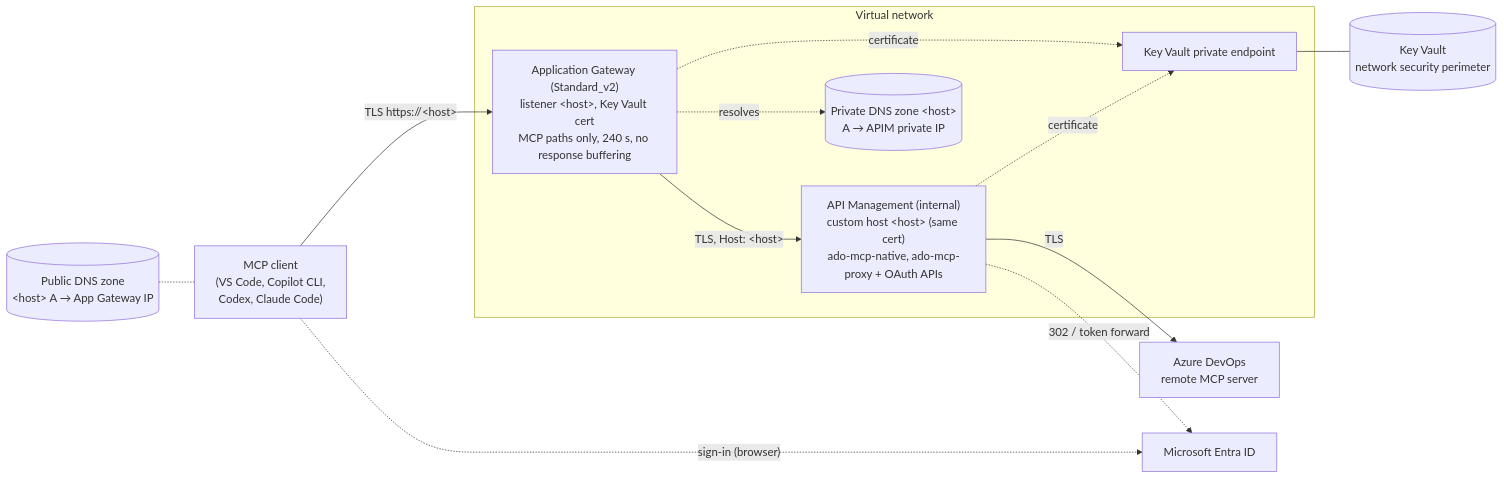
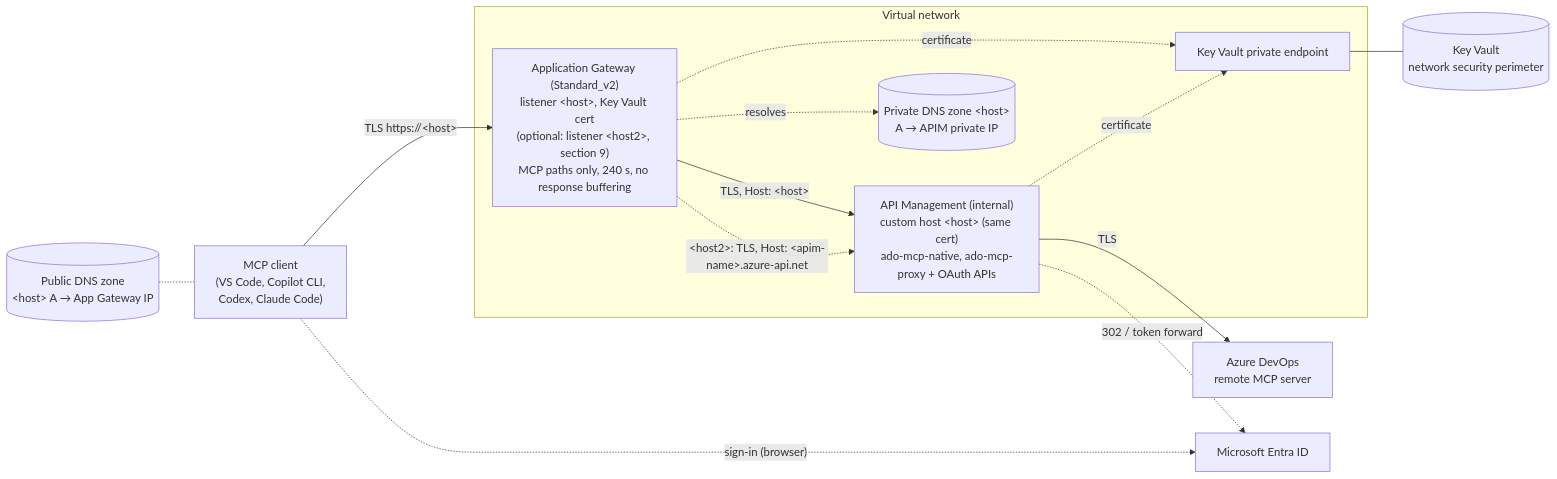
The diagram in docs/APP-GATEWAY.md (san360/azdevopsmcp), drawn with Mermaid before and after one commit. The commit also changed other lines of this file and 13 other files, not shown here.

First line of the commit message:
Add a second App Gateway host with the custom domain only on Application Gateway (#4)

````diff
--- a/docs/APP-GATEWAY.md
+++ b/docs/APP-GATEWAY.md
@@ -18,19 +18,20 @@
 ```mermaid
 flowchart LR
     C["MCP client<br/>(VS Code, Copilot CLI,<br/>Codex, Claude Code)"] -- "TLS https://&lt;host&gt;" --> AGW
     subgraph VNET["Virtual network"]
-      AGW["Application Gateway (Standard_v2)<br/>listener &lt;host&gt;, Key Vault cert<br/>MCP paths only, 240 s, no response buffering"]
+      AGW["Application Gateway (Standard_v2)<br/>listener &lt;host&gt;, Key Vault cert<br/>(optional: listener &lt;host2&gt;, section 9)<br/>MCP paths only, 240 s, no response buffering"]
       APIM["API Management (internal)<br/>custom host &lt;host&gt; (same cert)<br/>ado-mcp-native, ado-mcp-proxy + OAuth APIs"]
       PDNS[("Private DNS zone &lt;host&gt;<br/>A → APIM private IP")]
       PE["Key Vault private endpoint"]
       AGW -- "TLS, Host: &lt;host&gt;" --> APIM
+      AGW -. "&lt;host2&gt;: TLS, Host: &lt;apim-name&gt;.azure-api.net" .-> APIM
       AGW -. resolves .-> PDNS
       AGW -. certificate .-> PE
       APIM -. certificate .-> PE
     end
     PE --- KV[("Key Vault<br/>network security perimeter")]
     APIM -- "TLS" --> ADO["Azure DevOps<br/>remote MCP server"]
     C -. "sign-in (browser)" .-> ENTRA["Microsoft Entra ID"]
     APIM -. "302 / token forward" .-> ENTRA
     PUB[("Public DNS zone<br/>&lt;host&gt; A → App Gateway IP")] -.- C
 ```
````
